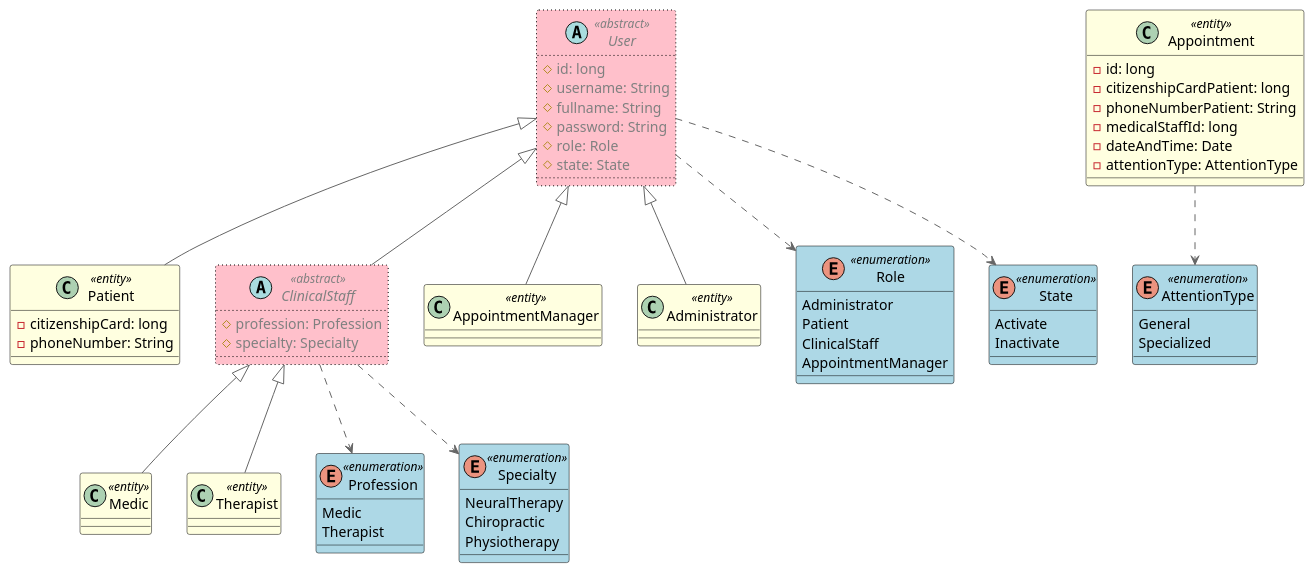
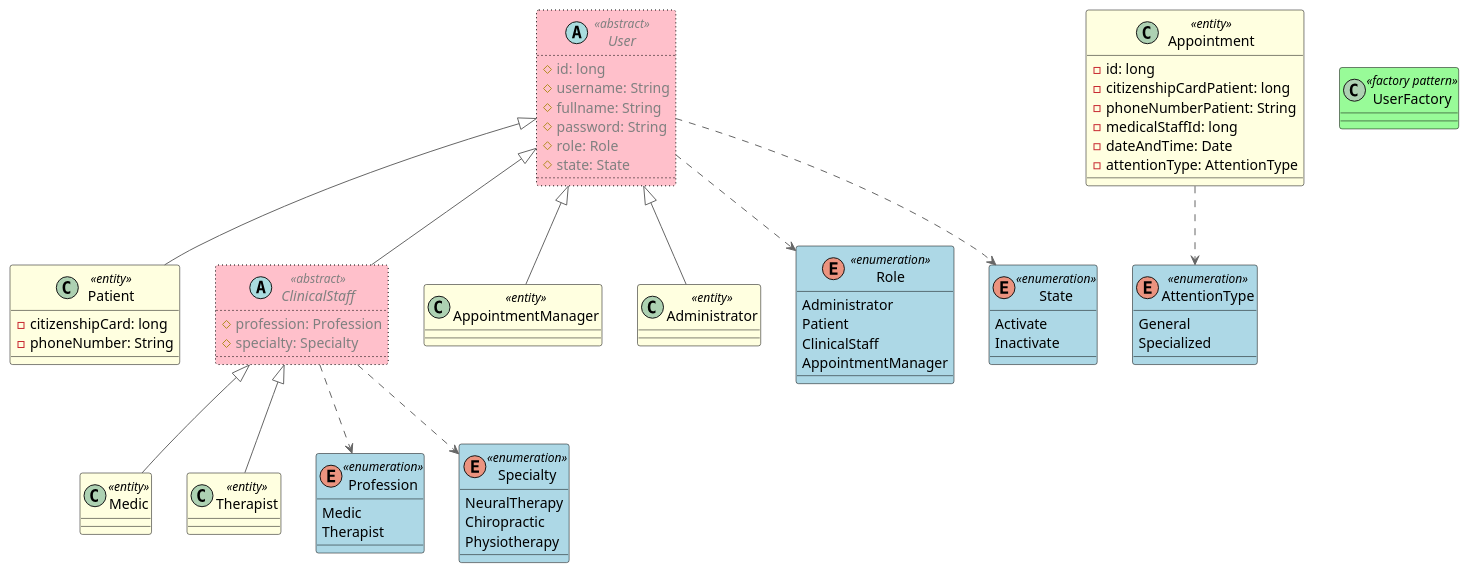
Before and after one commit to FernandoMulato/Piedrazul-Medical-Services-Network: the diagram in 1.Project-with_Monolithic_Architecture/mod_app_piedrazul_medical_services_network/Domain/dClassDomain.puml, drawn with PlantUML. The commit also changed 1 other file, not shown here.

```diff
--- a/1.Project-with_Monolithic_Architecture/mod_app_piedrazul_medical_services_network/Domain/dClassDomain.puml
+++ b/1.Project-with_Monolithic_Architecture/mod_app_piedrazul_medical_services_network/Domain/dClassDomain.puml
@@ -1,79 +1,83 @@
 @startuml DomainClasses
 
 !include https://raw.githubusercontent.com/plantuml-stdlib/C4-PlantUML/master/C4_Deployment.puml
 
 abstract User <<abstract>> #Pink;line:Black;line.dotted;text:gray {
   # id: long 
   # username: String
   # fullname: String
   # password: String
   # role: Role
   # state: State
   ' <<Constructor>> +User(): void 
 }
 
 class Patient <<entity>> #LightYellow;line:Black;text:Black extends User {
   - citizenshipCard: long
   - phoneNumber: String
   ' <<Constructor>> +User(): void 
 } 
 
 abstract ClinicalStaff <<abstract>> #Pink;line:Black;line.dotted;text:gray extends User {
   # profession: Profession
   # specialty: Specialty
 }
 
 class Medic <<entity>> #LightYellow;line:Black;text:Black extends ClinicalStaff {}
 
 class Therapist <<entity>> #LightYellow;line:Black;text:Black extends ClinicalStaff {}
 
 class AppointmentManager <<entity>> #LightYellow;line:Black;text:Black extends User {}
 
 class Administrator <<entity>> #LightYellow;line:Black;text:Black extends User {}
 
 class Appointment <<entity>> #LightYellow;line:Black;text:Black {
   -id: long
   -citizenshipCardPatient: long
   -phoneNumberPatient: String
   -medicalStaffId: long
   -dateAndTime: Date 
   -attentionType: AttentionType
 }
 
 enum Role <<enumeration>> #LightBlue;line:Black;text:Black {
   Administrator
   Patient
   ClinicalStaff
   AppointmentManager
 }
 
 enum Profession <<enumeration>> #LightBlue;line:Black;text:Black {
   Medic
   Therapist 
 }
 
 enum Specialty <<enumeration>> #LightBlue;line:Black;text:Black {
   NeuralTherapy
   Chiropractic
   Physiotherapy
 }
 
 enum State <<enumeration>> #LightBlue;line:Black;text:Black {
   Activate
   Inactivate
 }
 
 enum AttentionType <<enumeration>> #LightBlue;line:Black;text:Black {
   General
   Specialized
 }
 
+class UserFactory <<factory pattern>> #PaleGreen;line:Black;text:Black {
+  
+}
+
 User ..> Role
 User ..> State 
 
 ClinicalStaff ..> Profession
 ClinicalStaff ..> Specialty
 
 Appointment ..> AttentionType
 
 @enduml
```
